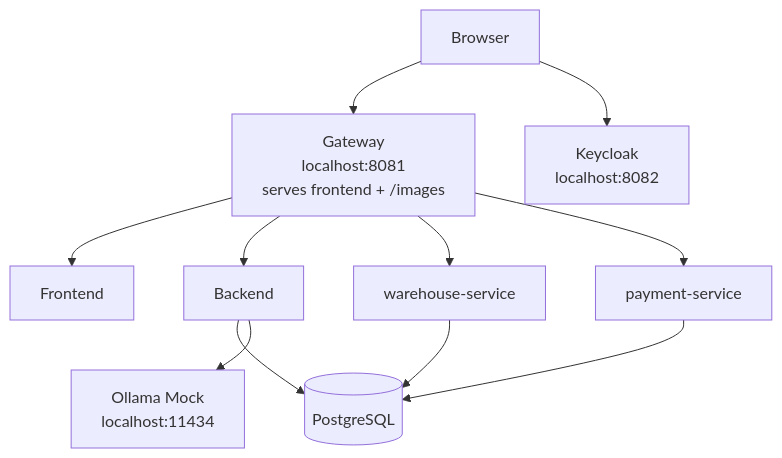
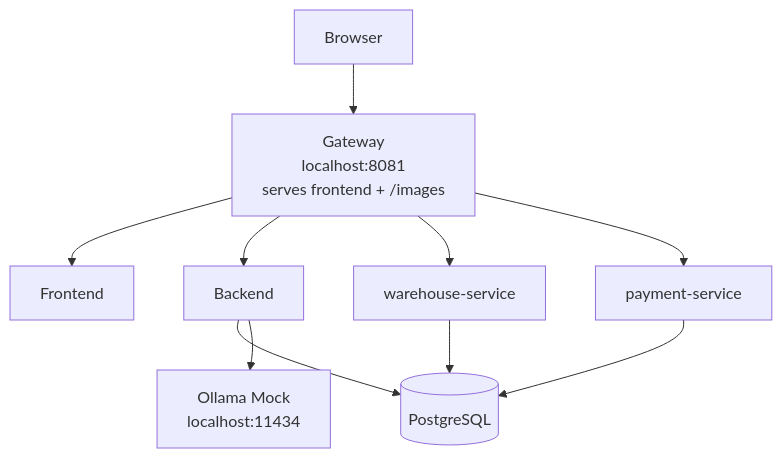
Before and after one commit to slawekradzyminski/awesome-localstack: the diagram in docs/STUDENT_GUIDE.md, drawn with Mermaid. The commit also changed other lines of this file and 29 other files, not shown here.

````diff
--- a/docs/STUDENT_GUIDE.md
+++ b/docs/STUDENT_GUIDE.md
@@ -46,13 +44,12 @@
 ```mermaid
 flowchart TB
     U[Browser] --> G[Gateway<br/>localhost:8081<br/>serves frontend + /images]
-    U --> K[Keycloak<br/>localhost:8082]
     G --> F[Frontend]
     G --> B[Backend]
     G --> W[warehouse-service]
     G --> PS[payment-service]
     B --> P[(PostgreSQL)]
     W --> P
     PS --> P
     B --> O[Ollama Mock<br/>localhost:11434]
 ```
````
